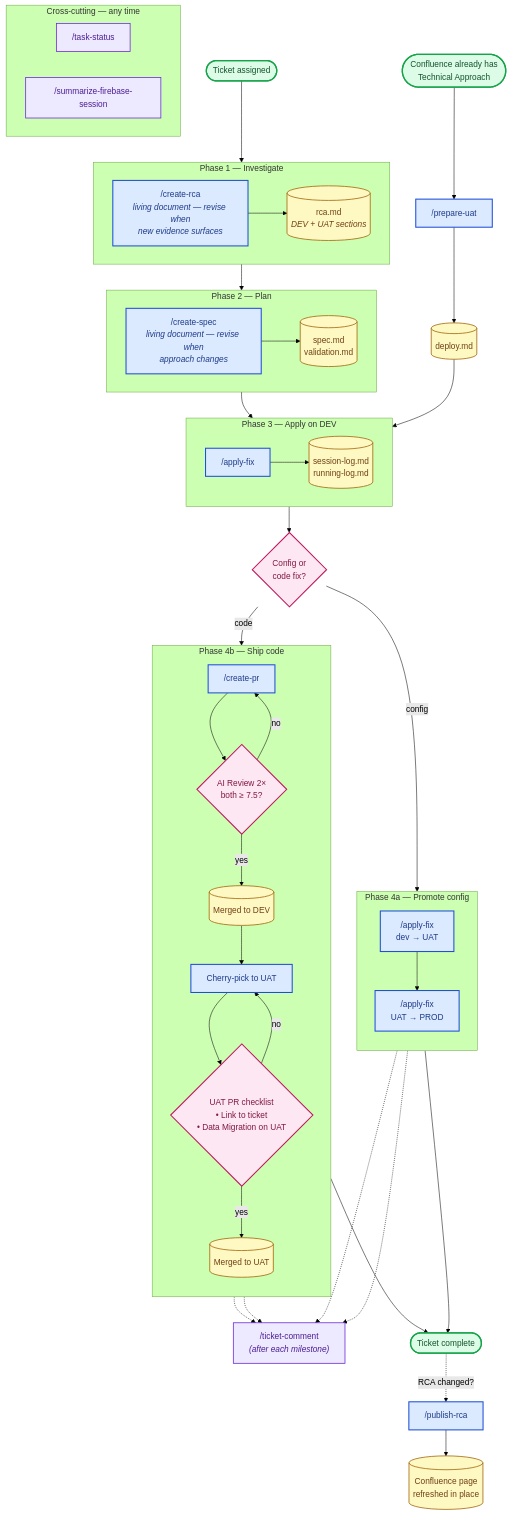
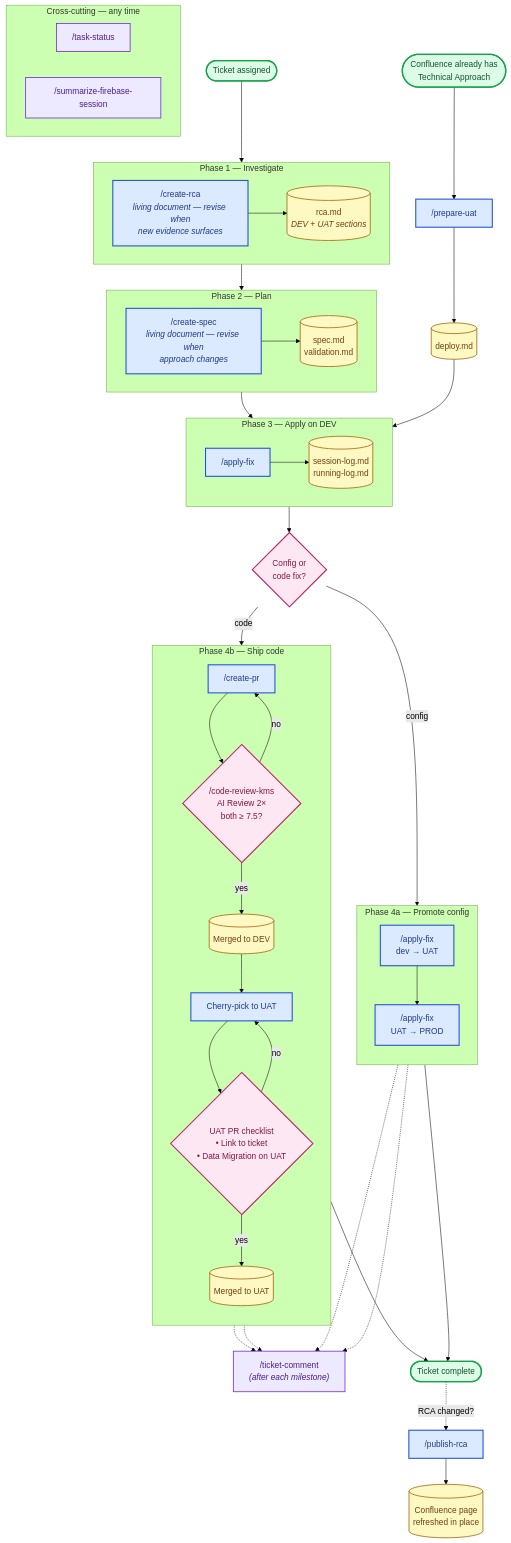
The diagram in HOW-TO-USE.md (trieuquanghuy/invocare-sdlc-skills), drawn with Mermaid (forest theme) before and after one commit. The commit also changed other lines of this file and 6 other files, not shown here.

Commit message:
feat: code-review-kms runbook (#3)

```diff
--- a/HOW-TO-USE.md
+++ b/HOW-TO-USE.md
@@ -82,7 +83,7 @@
     subgraph P4b ["Phase 4b — Ship code"]
         direction TB
         PR["/create-pr"]:::skill
-        Rev{"AI Review 2×<br/>both ≥ 7.5?"}:::gate
+        Rev{"/code-review-kms<br/>AI Review 2×<br/>both ≥ 7.5?"}:::gate
         MD[("Merged to DEV")]:::doc
         Cp["Cherry-pick to UAT"]:::skill
         Uc{"UAT PR checklist<br/>• Link to ticket<br/>• Data Migration on UAT"}:::gate
```
